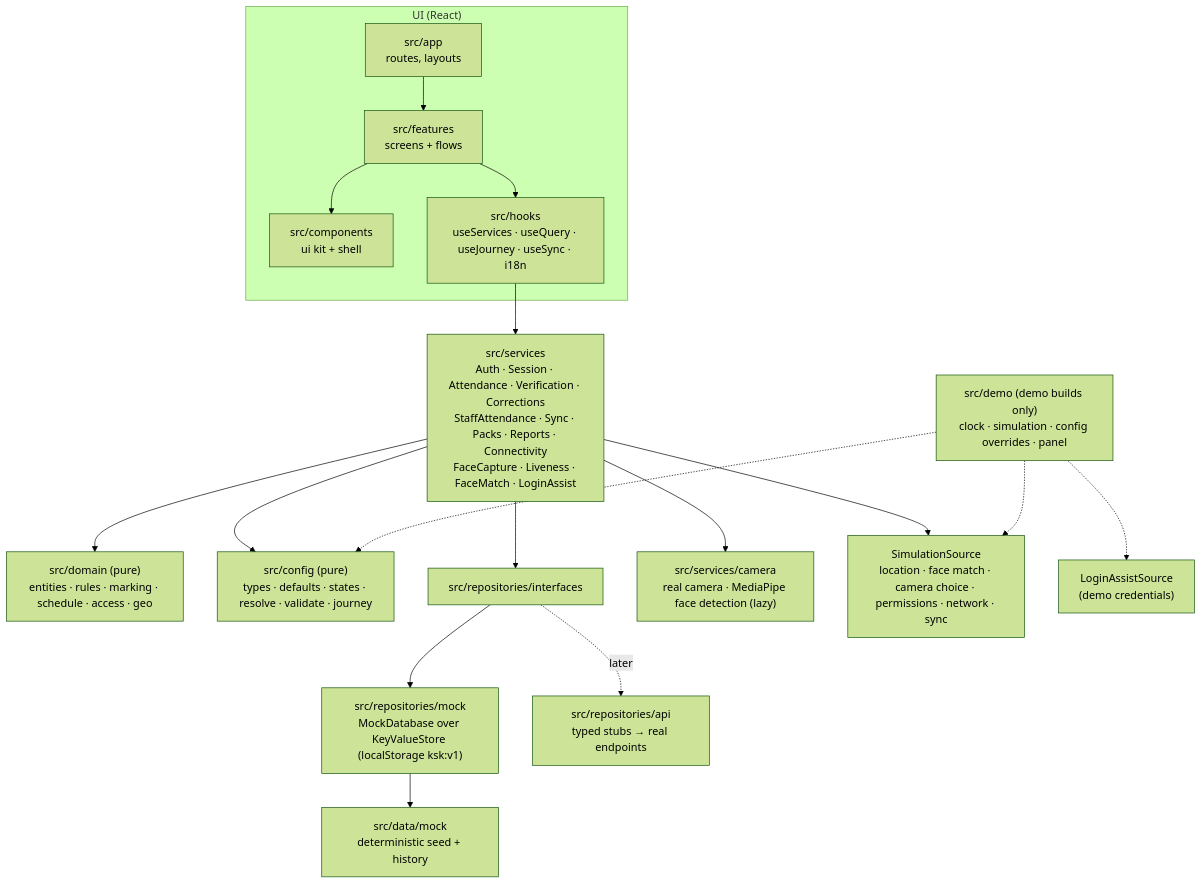
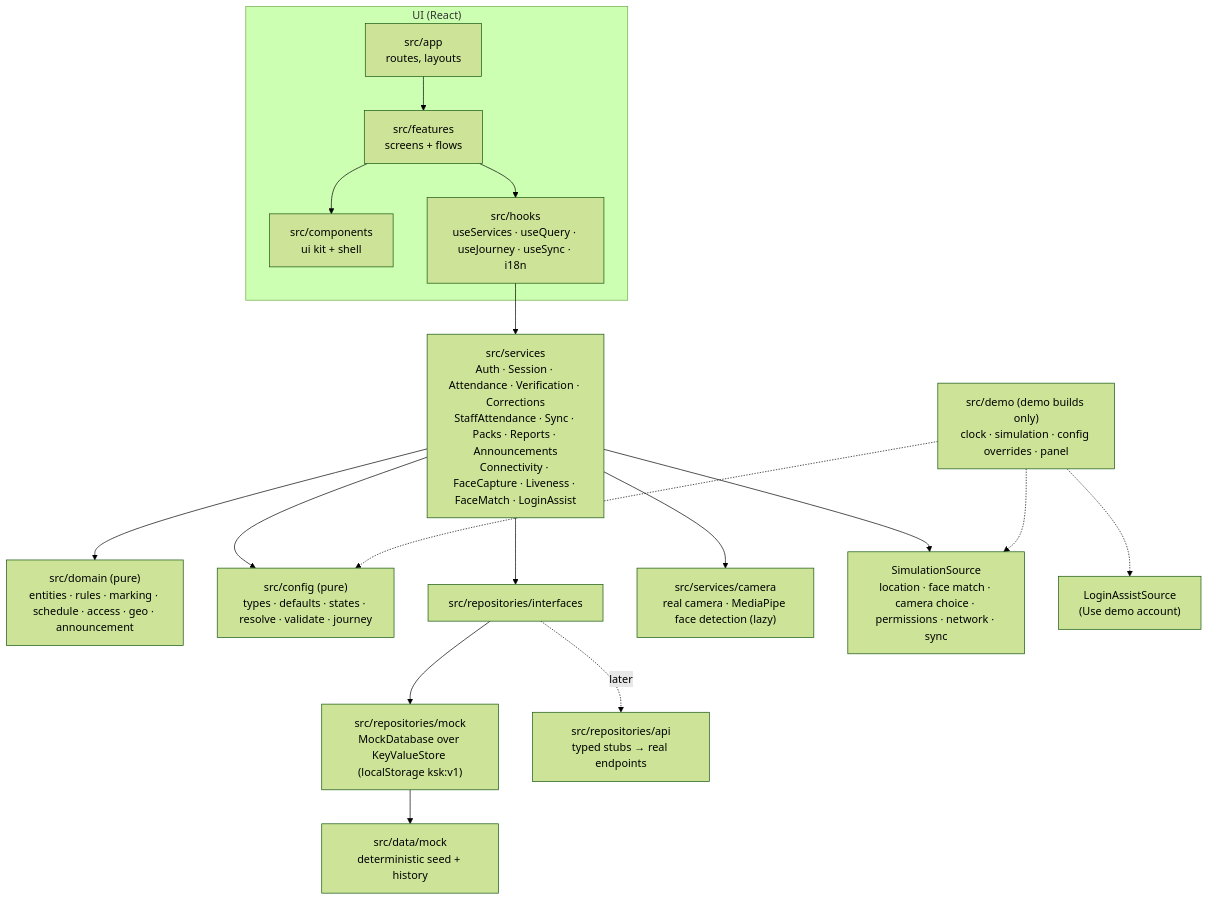
Before and after one commit to repo-sumit/KSK-Att: the first of 5 diagrams in docs/ARCHITECTURE.md, drawn with Mermaid (forest theme). The commit also changed other lines of this file and 147 other files, not shown here.

First line of the commit message:
feat(reports): add new sections for batches, institute summary, and attendance with leaderboards and badges

````diff
--- a/docs/ARCHITECTURE.md
+++ b/docs/ARCHITECTURE.md
@@ -7,20 +7,20 @@
 ```mermaid
 flowchart TD
   subgraph UI["UI (React)"]
     APP["src/app<br/>routes, layouts"] --> FEAT["src/features<br/>screens + flows"]
     FEAT --> KIT["src/components<br/>ui kit + shell"]
     FEAT --> HOOKS["src/hooks<br/>useServices · useQuery · useJourney · useSync · i18n"]
   end
-  HOOKS --> SVC["src/services<br/>Auth · Session · Attendance · Verification · Corrections<br/>StaffAttendance · Sync · Packs · Reports · Connectivity<br/>FaceCapture · Liveness · FaceMatch · LoginAssist"]
-  SVC --> DOM["src/domain (pure)<br/>entities · rules · marking · schedule · access · geo"]
+  HOOKS --> SVC["src/services<br/>Auth · Session · Attendance · Verification · Corrections<br/>StaffAttendance · Sync · Packs · Reports · Announcements<br/>Connectivity · FaceCapture · Liveness · FaceMatch · LoginAssist"]
+  SVC --> DOM["src/domain (pure)<br/>entities · rules · marking · schedule · access · geo · announcement"]
   SVC --> CFG["src/config (pure)<br/>types · defaults · states · resolve · validate · journey"]
   SVC --> RI["src/repositories/interfaces"]
   RI --> MOCK["src/repositories/mock<br/>MockDatabase over KeyValueStore (localStorage ksk:v1)"]
   RI -. later .-> API["src/repositories/api<br/>typed stubs → real endpoints"]
   MOCK --> DATA["src/data/mock<br/>deterministic seed + history"]
   SVC --> CAM["src/services/camera<br/>real camera · MediaPipe face detection (lazy)"]
   SVC --> SIM["SimulationSource<br/>location · face match · camera choice · permissions · network · sync"]
   DEMO["src/demo (demo builds only)<br/>clock · simulation · config overrides · panel"] -.-> SIM
   DEMO -.-> CFG
-  DEMO -.-> LA["LoginAssistSource<br/>(demo credentials)"]
+  DEMO -.-> LA["LoginAssistSource<br/>(Use demo account)"]
 ```
````
